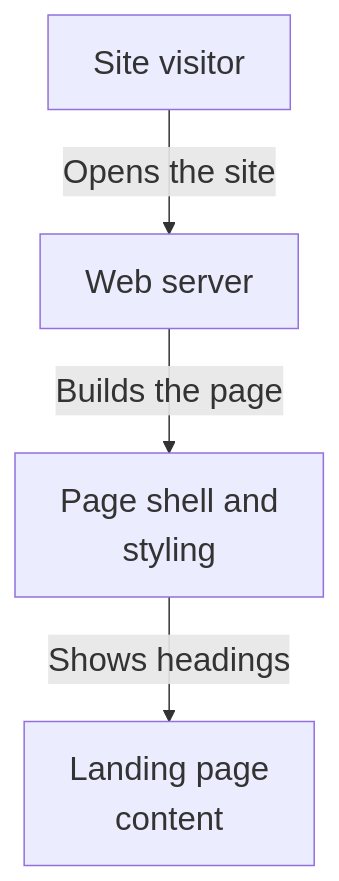
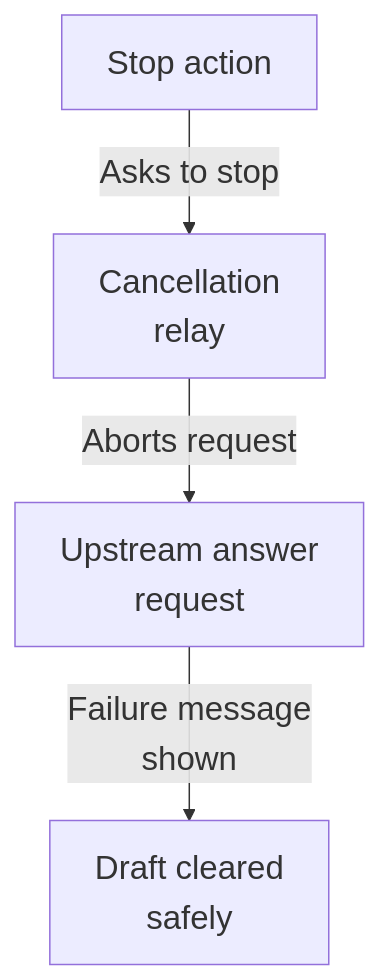
One commit to Justin-Mendoza/Afterclass changed the third of 4 diagrams in maps/frontend/README.md. Above: the diagram before and after it, drawn with Mermaid. The commit also changed other lines of this file and 85 other files, not shown here.

````diff
--- a/maps/frontend/README.md
+++ b/maps/frontend/README.md
@@ -23,11 +97,11 @@
 ```mermaid
 %%{init: {"themeVariables": {"fontSize": "22px"}}}%%
 flowchart TD
-  n0["Site visitor"]
-  n1["Web server"]
-  n2["Page shell and<br/>styling"]
-  n3["Landing page<br/>content"]
-  n0 -->|"Opens the site"| n1
-  n1 -->|"Builds the page"| n2
-  n2 -->|"Shows headings"| n3
+  n0["Stop action"]
+  n1["Cancellation<br/>relay"]
+  n2["Upstream answer<br/>request"]
+  n3["Draft cleared<br/>safely"]
+  n0 -->|"Asks to stop"| n1
+  n1 -->|"Aborts request"| n2
+  n2 -->|"Failure message<br/>shown"| n3
 ```
````
